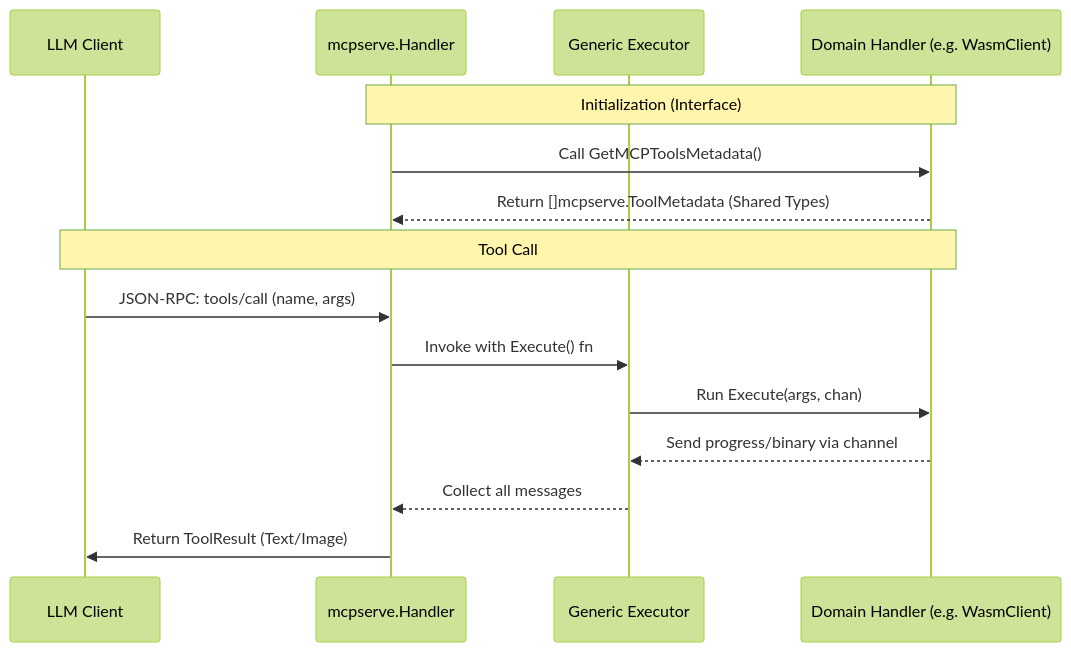
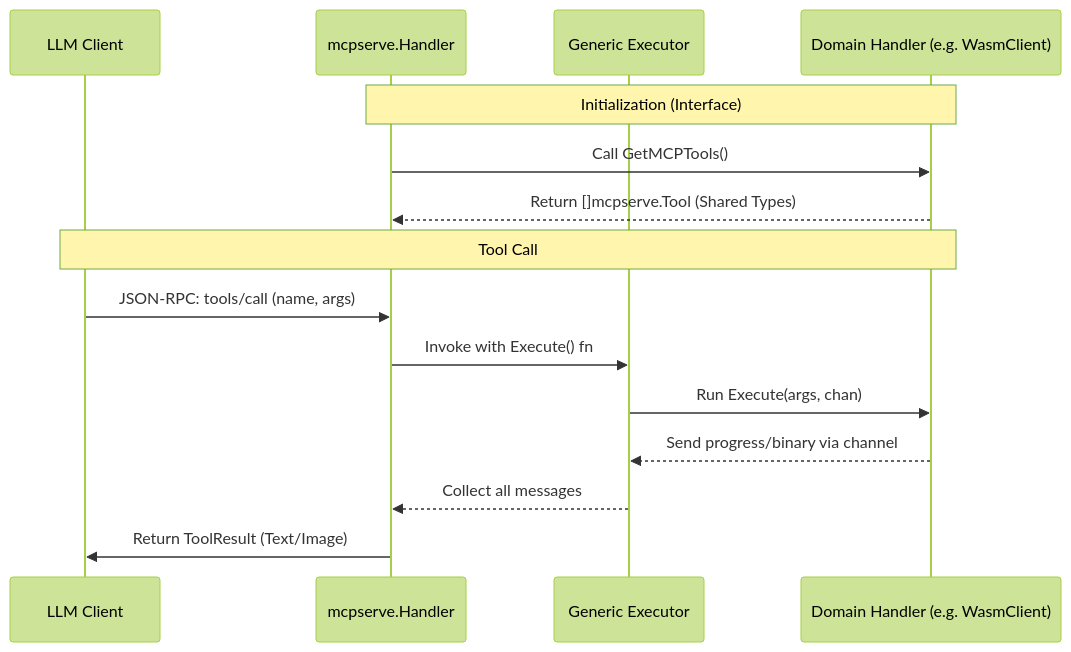
Before and after one commit to tinywasm/mcpserve: the diagram in docs/MCP_FLOW.md, drawn with Mermaid (forest theme). The commit also changed 7 other files, not shown here.

````diff
--- a/docs/MCP_FLOW.md
+++ b/docs/MCP_FLOW.md
@@ -3,19 +3,19 @@
 ```mermaid
 sequenceDiagram
     participant LLM as LLM Client
     participant SRV as mcpserve.Handler
     participant EXEC as Generic Executor
     participant DOM as Domain Handler (e.g. WasmClient)
 
     Note over SRV, DOM: Initialization (Interface)
-    SRV->>DOM: Call GetMCPToolsMetadata()
-    DOM-->>SRV: Return []mcpserve.ToolMetadata (Shared Types)
+    SRV->>DOM: Call GetMCPTools()
+    DOM-->>SRV: Return []mcpserve.Tool (Shared Types)
 
     Note over LLM, DOM: Tool Call
     LLM->>SRV: JSON-RPC: tools/call (name, args)
     SRV->>EXEC: Invoke with Execute() fn
     EXEC->>DOM: Run Execute(args, chan)
     DOM-->>EXEC: Send progress/binary via channel
     EXEC-->>SRV: Collect all messages
     SRV->>LLM: Return ToolResult (Text/Image)
 ```
````
